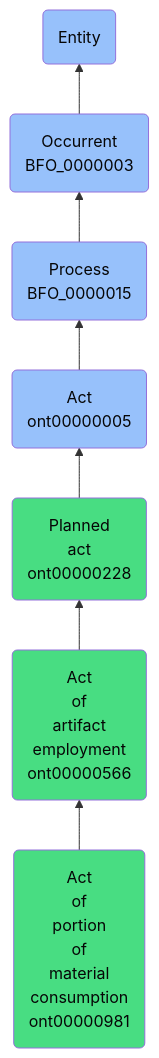
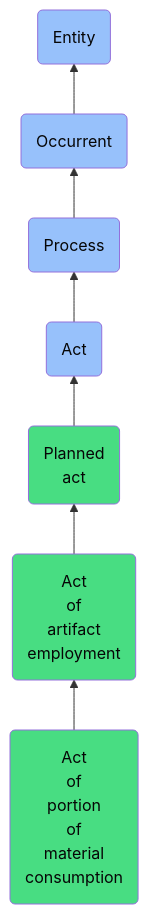
The diagram in docs/ontology/reference/model/Entity/Occurrent/Process/Act/Planned act/Act of artifact employment/Act of portion of material consumption/Act of portion of material consumption.md (jupyter-naas/abi), drawn with Mermaid before and after one commit. The commit also changed other lines of this file and 1430 other files, not shown here.

````diff
--- a/docs/ontology/reference/model/Entity/Occurrent/Process/Act/Planned act/Act of artifact employment/Act of portion of material consumption/Act of portion of material consumption.md
+++ b/docs/ontology/reference/model/Entity/Occurrent/Process/Act/Planned act/Act of artifact employment/Act of portion of material consumption/Act of portion of material consumption.md
@@ -24,14 +24,14 @@
 ```mermaid
 graph BT
-    ont00000981(Act<br>of<br>portion<br>of<br>material<br>consumption<br>ont00000981):::ABI-->ont00000566
-    ont00000566(Act<br>of<br>artifact<br>employment<br>ont00000566):::ABI-->ont00000228
-    ont00000228(Planned<br>act<br>ont00000228):::ABI-->ont00000005
-    ont00000005(Act<br>ont00000005):::BFO-->BFO_0000015
-    BFO_0000015(Process<br>BFO_0000015):::BFO-->BFO_0000003
-    BFO_0000003(Occurrent<br>BFO_0000003):::BFO-->BFO_0000001
+    ont00000981(Act<br>of<br>portion<br>of<br>material<br>consumption):::ABI-->ont00000566
+    ont00000566(Act<br>of<br>artifact<br>employment):::ABI-->ont00000228
+    ont00000228(Planned<br>act):::ABI-->ont00000005
+    ont00000005(Act):::BFO-->BFO_0000015
+    BFO_0000015(Process):::BFO-->BFO_0000003
+    BFO_0000003(Occurrent):::BFO-->BFO_0000001
     BFO_0000001(Entity):::BFO
     
     classDef BFO fill:#97c1fb,color:#060606
     classDef CCO fill:#e4c51e,color:#060606
     classDef ABI fill:#48DD82,color:#060606
 ```
````
